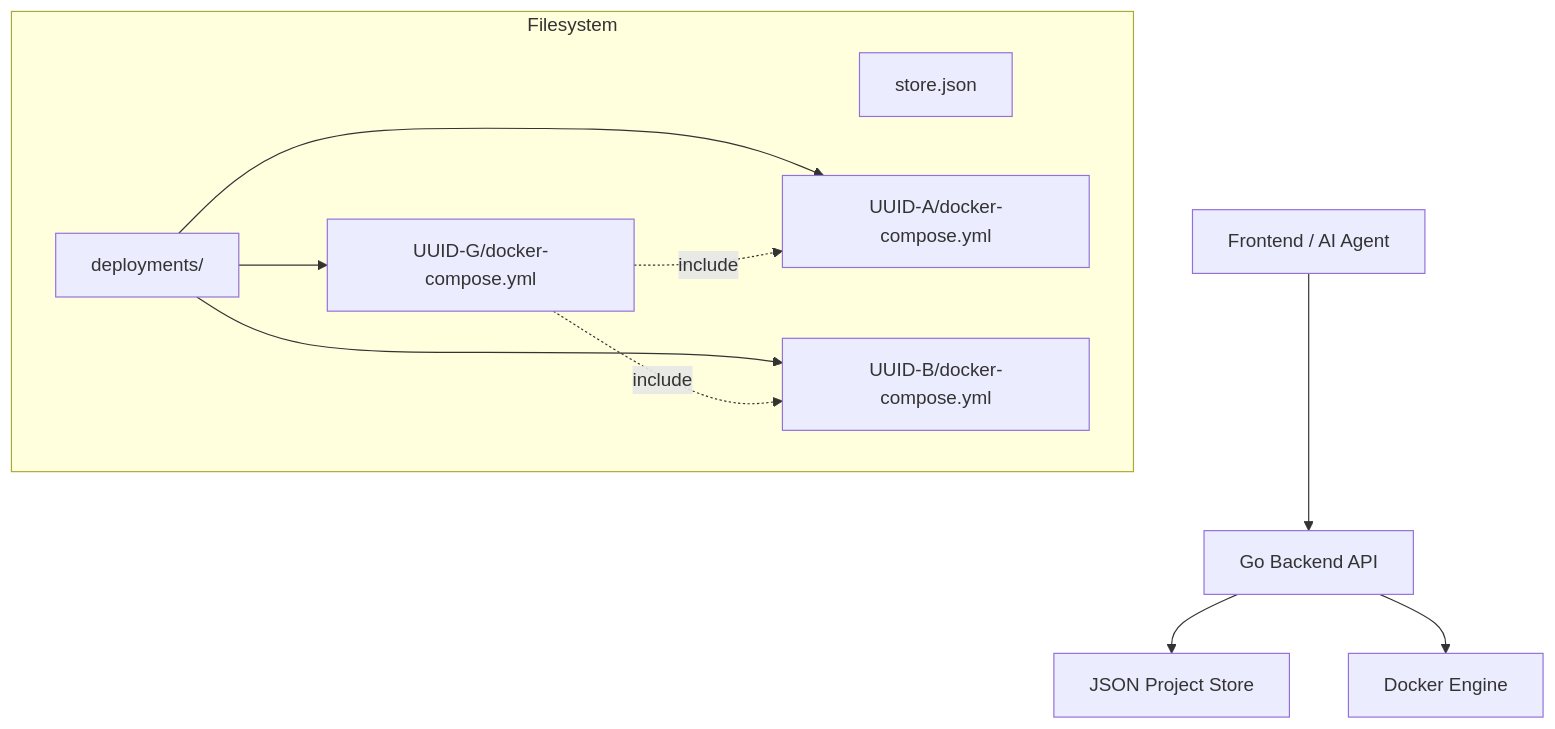
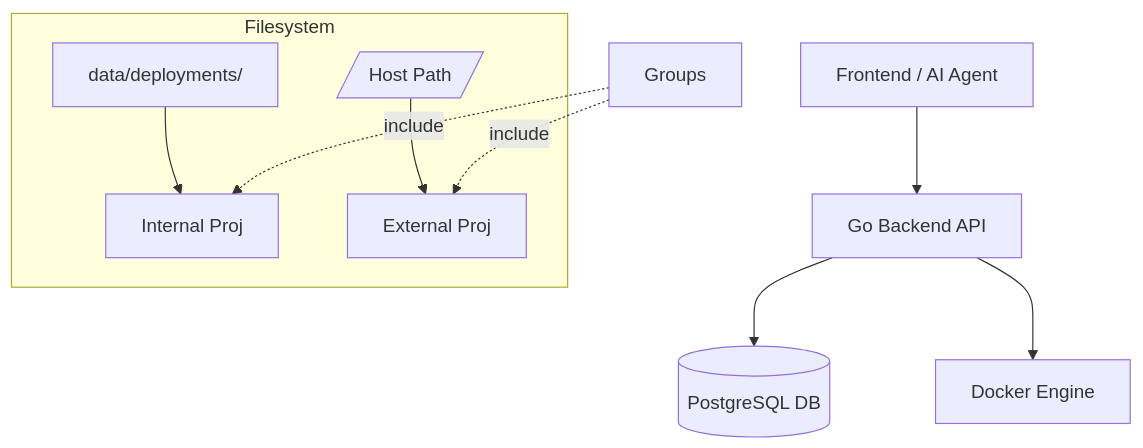
Before and after one commit to vedantprajapati/Docker-Nexus: the diagram in docs/docs/architecture.md, drawn with Mermaid. The commit also changed other lines of this file and 19 other files, not shown here.

````diff
--- a/docs/docs/architecture.md
+++ b/docs/docs/architecture.md
@@ -30,17 +32,16 @@
 ```mermaid
 graph TD
     Client[Frontend / AI Agent] --> API[Go Backend API]
-    API --> Store[JSON Project Store]
+    API --> Store[(PostgreSQL DB)]
     API --> Docker[Docker Engine]
     
     subgraph Filesystem
-        StoreFile[store.json]
-        DeployDir[deployments/]
-        DeployDir --> ProjA[UUID-A/docker-compose.yml]
-        DeployDir --> ProjB[UUID-B/docker-compose.yml]
-        DeployDir --> GroupG[UUID-G/docker-compose.yml]
+        DeployDir[data/deployments/]
+        ExternalDir[/Host Path/]
+        DeployDir --> ProjA[Internal Proj]
+        ExternalDir --> ProjB[External Proj]
     end
 
-    GroupG -.->|include| ProjA
+    GroupG[Groups] -.->|include| ProjA
     GroupG -.->|include| ProjB
 ```
````
